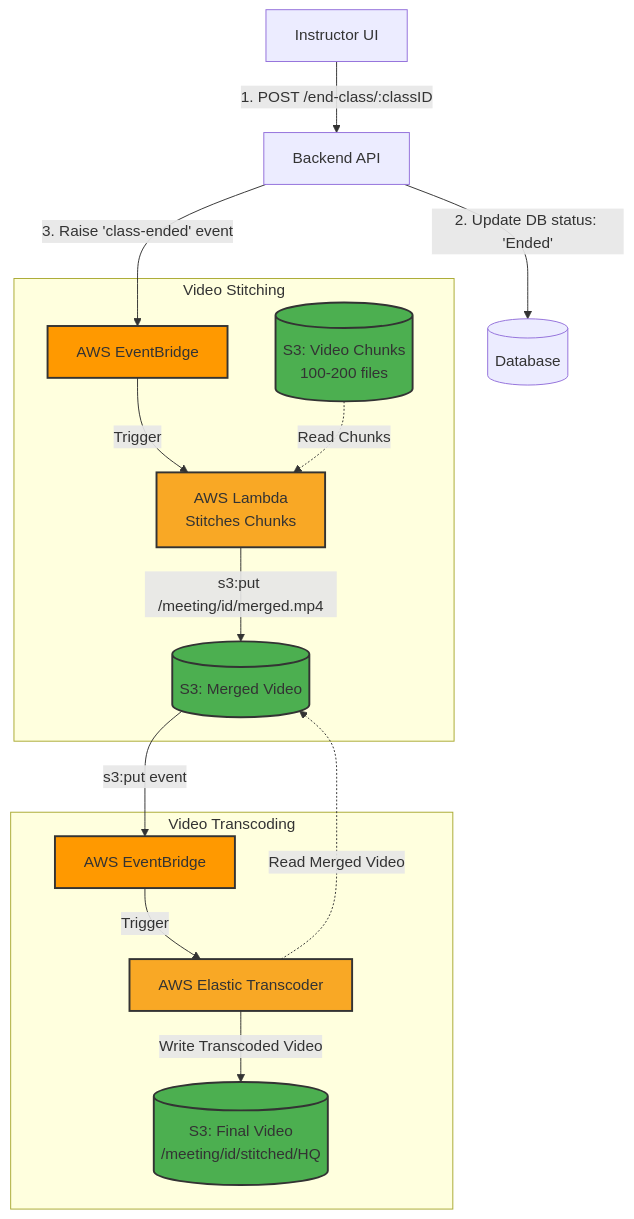
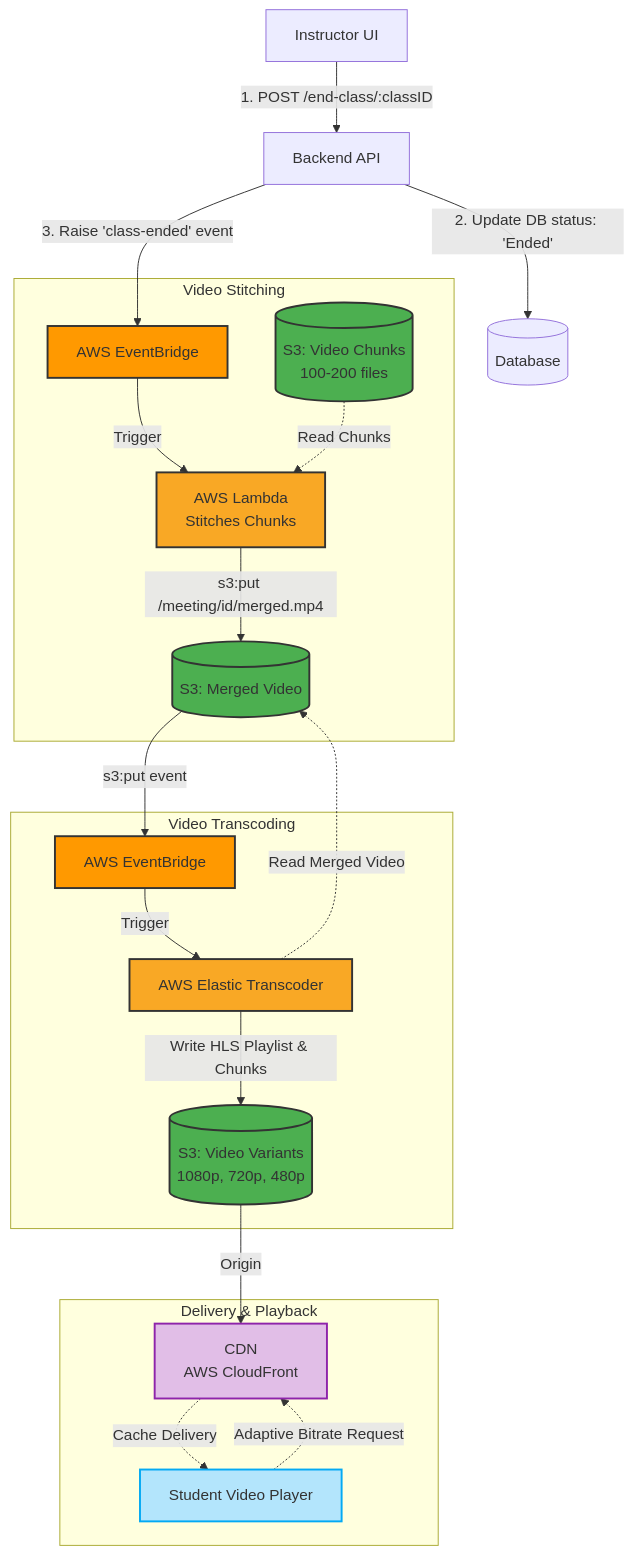
Before and after one commit to KiranTamboli/System_design: the diagram in Articles/30_Video_Transcoding_System.md, drawn with Mermaid. The commit also changed other lines of this file, not shown here.

Commit message:
docs: add adaptive bitrate streaming section and update diagram

````diff
--- a/Articles/30_Video_Transcoding_System.md
+++ b/Articles/30_Video_Transcoding_System.md
@@ -52,27 +58,35 @@
 ```mermaid
 graph TD
     Client[Instructor UI] -->|1. POST /end-class/:classID| API[Backend API]
     API -->|2. Update DB status: 'Ended'| DB[(Database)]
     API -->|3. Raise 'class-ended' event| EB1[AWS EventBridge]
     
     subgraph Video Stitching
         EB1 -->|Trigger| Lambda[AWS Lambda <br> Stitches Chunks]
         S3_Chunks[(S3: Video Chunks <br> 100-200 files)] -.->|Read Chunks| Lambda
         Lambda -->|s3:put /meeting/id/merged.mp4| S3_Merged[(S3: Merged Video)]
     end
     
     subgraph Video Transcoding
         S3_Merged -->|s3:put event| EB2[AWS EventBridge]
         EB2 -->|Trigger| Transcoder[AWS Elastic Transcoder]
         Transcoder -.->|Read Merged Video| S3_Merged
-        Transcoder -->|Write Transcoded Video| S3_Final[(S3: Final Video <br> /meeting/id/stitched/HQ)]
+        Transcoder -->|Write HLS Playlist & Chunks| S3_Final[(S3: Video Variants <br> 1080p, 720p, 480p)]
+    end
+    
+    subgraph Delivery & Playback
+        S3_Final -->|Origin| CDN[CDN <br> AWS CloudFront]
+        CDN -.->|Cache Delivery| Player[Student Video Player]
+        Player -.->|Adaptive Bitrate Request| CDN
     end
     
     style EB1 fill:#ff9900,stroke:#333,stroke-width:2px;
     style EB2 fill:#ff9900,stroke:#333,stroke-width:2px;
     style Lambda fill:#f9a825,stroke:#333,stroke-width:2px;
     style Transcoder fill:#f9a825,stroke:#333,stroke-width:2px;
     style S3_Chunks fill:#4caf50,stroke:#333,stroke-width:2px;
     style S3_Merged fill:#4caf50,stroke:#333,stroke-width:2px;
     style S3_Final fill:#4caf50,stroke:#333,stroke-width:2px;
+    style CDN fill:#e1bee7,stroke:#8e24aa,stroke-width:2px;
+    style Player fill:#b3e5fc,stroke:#03a9f4,stroke-width:2px;
 ```
````
